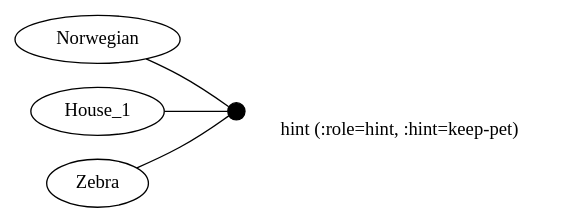
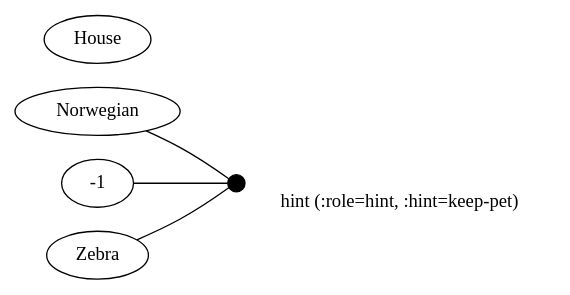
One commit to agutikov/ein changed the second of 6 diagrams in docs/kernel/ir/01-ein-graph/01_kb.md. Above: the diagram before and after it, drawn with Graphviz. The commit also changed other lines of this file and 90 other files, not shown here.

````diff
--- a/docs/kernel/ir/01-ein-graph/01_kb.md
+++ b/docs/kernel/ir/01-ein-graph/01_kb.md
@@ -81,12 +81,12 @@
 ```dot
 digraph nary_compact {
   rankdir=LR;
   Norwegian [shape=ellipse];
-  House_1   [shape=ellipse];
+  House-1   [shape=ellipse];
   Zebra     [shape=ellipse];
   hint [shape=point, width=0.18, xlabel="hint (:role=hint, :hint=keep-pet)"];
   Norwegian -> hint [dir=none];
-  House_1   -> hint [dir=none];
+  House-1   -> hint [dir=none];
   Zebra     -> hint [dir=none];
 }
 ```
````
